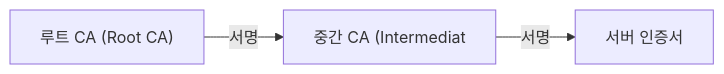
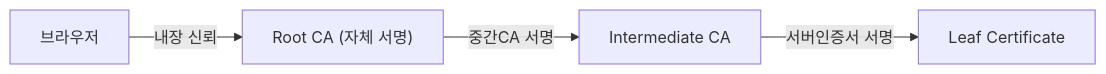
Before and after one commit to yjkim2015/yjkim2015.github.io: the fourth of 10 diagrams in _posts/network/2026-05-03-https-tls.md, drawn with Mermaid. The commit also changed other lines of this file and 4 other files, not shown here.

````diff
--- a/_posts/network/2026-05-03-https-tls.md
+++ b/_posts/network/2026-05-03-https-tls.md
@@ -107,8 +274,6 @@
 ```mermaid
 graph LR
-    Root["루트 CA (Root CA)"]
-    Inter["중간 CA (Intermediat"]
-    Server["서버 인증서"]
-    Root -->|"서명"| Inter
-    Inter -->|"서명"| Server
+    Root["Root CA (자체 서명)"] -->|"중간CA 서명"| Inter["Intermediate CA"]
+    Inter -->|"서버인증서 서명"| Leaf["Leaf Certificate"]
+    Browser["브라우저"] -->|"내장 신뢰"| Root
 ```
````
